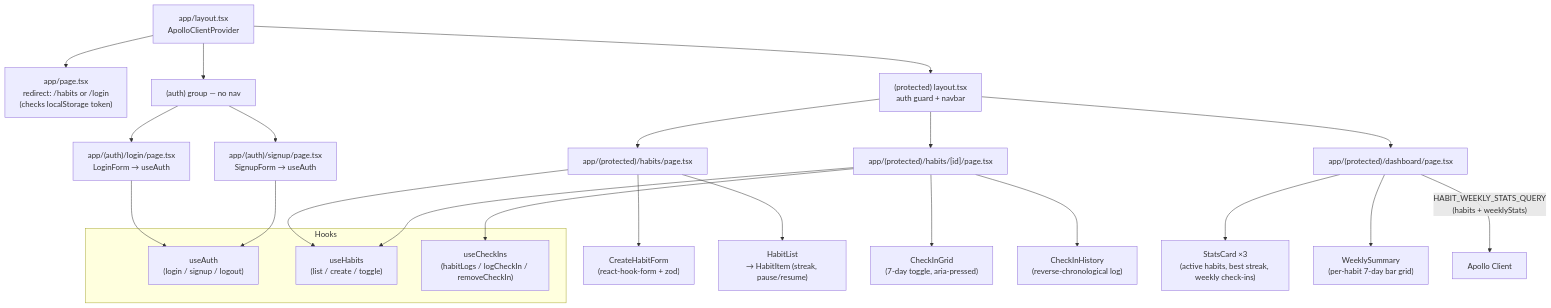
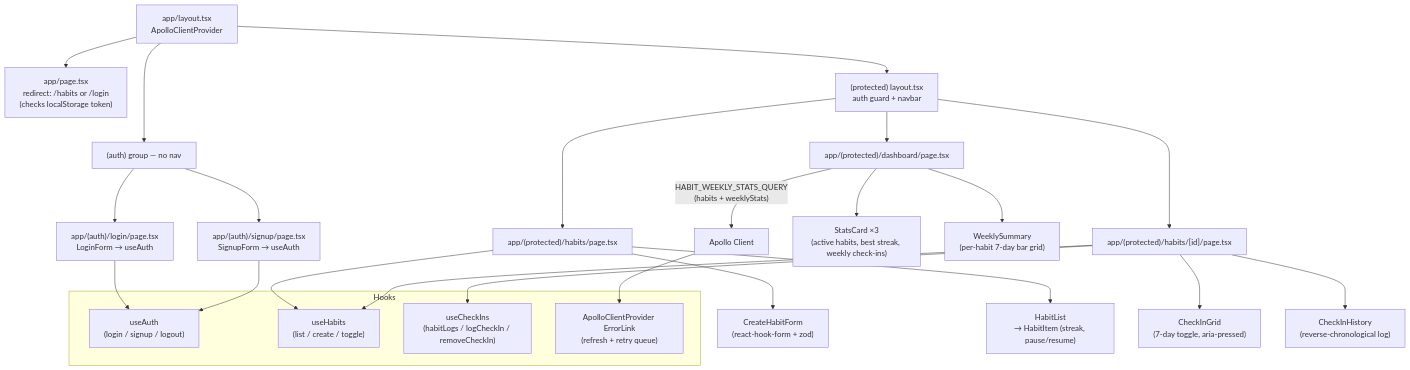
One commit to GeorgiDS9/habit-coach-api changed the fifth of 5 diagrams in ARCHITECTURE_FLOWS.md. Above: the diagram before and after it, drawn with Mermaid. The commit also changed other lines of this file, not shown here.

Commit message:
docs(api): align architecture flows and runbook with current auth/data model

````diff
--- a/ARCHITECTURE_FLOWS.md
+++ b/ARCHITECTURE_FLOWS.md
@@ -177,35 +221,29 @@
 ```mermaid
 flowchart TD
     Root["app/layout.tsx\nApolloClientProvider"]
-
     Root --> Home["app/page.tsx\nredirect: /habits or /login\n(checks localStorage token)"]
-
     Root --> Auth["(auth) group — no nav"]
     Auth --> Login["app/(auth)/login/page.tsx\nLoginForm → useAuth"]
     Auth --> Signup["app/(auth)/signup/page.tsx\nSignupForm → useAuth"]
-
     Root --> Protected["(protected) layout.tsx\nauth guard + navbar"]
     Protected --> HabitsPage["app/(protected)/habits/page.tsx"]
     Protected --> DetailPage["app/(protected)/habits/[id]/page.tsx"]
     Protected --> Dashboard["app/(protected)/dashboard/page.tsx"]
-
     HabitsPage --> CreateHabitForm["CreateHabitForm\n(react-hook-form + zod)"]
     HabitsPage --> HabitList["HabitList\n→ HabitItem (streak, pause/resume)"]
-
     DetailPage --> CheckInGrid["CheckInGrid\n(7-day toggle, aria-pressed)"]
     DetailPage --> CheckInHistory["CheckInHistory\n(reverse-chronological log)"]
-
     Dashboard --> StatsCard["StatsCard ×3\n(active habits, best streak, weekly check-ins)"]
     Dashboard --> WeeklySummary["WeeklySummary\n(per-habit 7-day bar grid)"]
-
     subgraph Hooks
         useAuth["useAuth\n(login / signup / logout)"]
         useHabits["useHabits\n(list / create / toggle)"]
         useCheckIns["useCheckIns\n(habitLogs / logCheckIn / removeCheckIn)"]
+        RefreshLink["ApolloClientProvider ErrorLink\n(refresh + retry queue)"]
     end
-
     Login & Signup --> useAuth
     HabitsPage & DetailPage --> useHabits
     DetailPage --> useCheckIns
     Dashboard -->|"HABIT_WEEKLY_STATS_QUERY\n(habits + weeklyStats)"| Apollo["Apollo Client"]
+    Apollo --> RefreshLink
 ```
````
